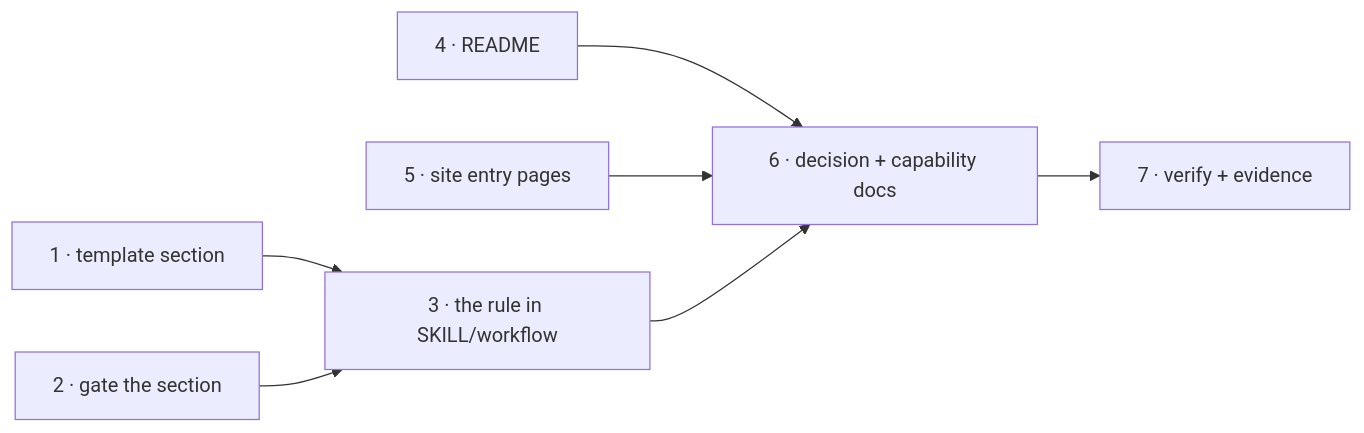
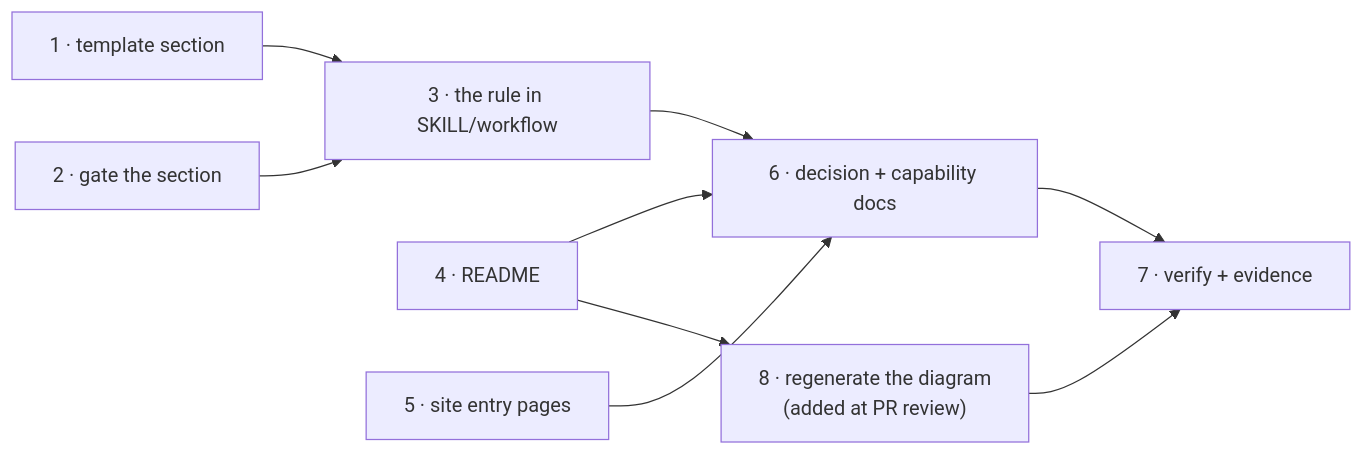
Before and after one commit to MadaraUchiha-314/the-loop: the diagram in docs/specs/issue-174/tasks.md, drawn with Mermaid. The commit also changed other lines of this file and 12 other files, not shown here.

````diff
--- a/docs/specs/issue-174/tasks.md
+++ b/docs/specs/issue-174/tasks.md
@@ -80,9 +91,11 @@
 ```mermaid
 flowchart LR
   t1["1 · template section"] --> t3["3 · the rule in SKILL/workflow"]
   t2["2 · gate the section"] --> t3
   t4["4 · README"] --> t6["6 · decision + capability docs"]
   t5["5 · site entry pages"] --> t6
   t3 --> t6
   t6 --> t7["7 · verify + evidence"]
+  t4 --> t8["8 · regenerate the diagram<br/>(added at PR review)"]
+  t8 --> t7
 ```
````
